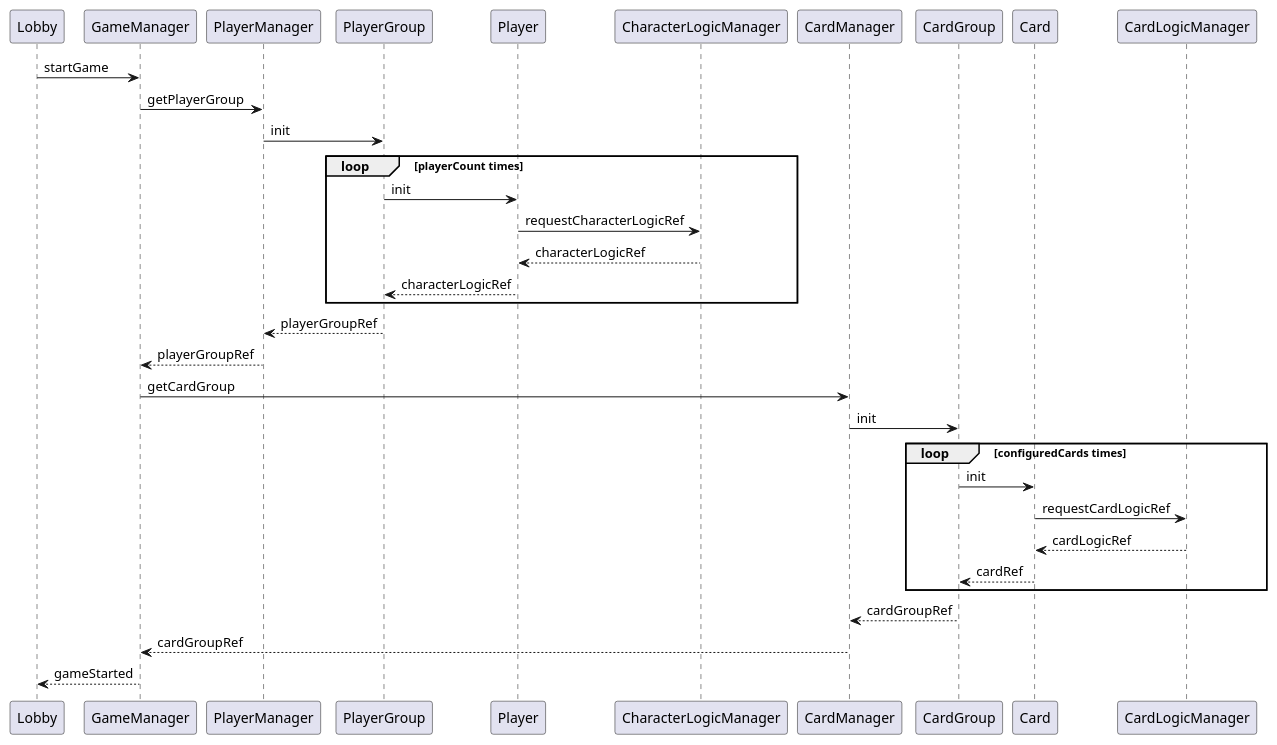
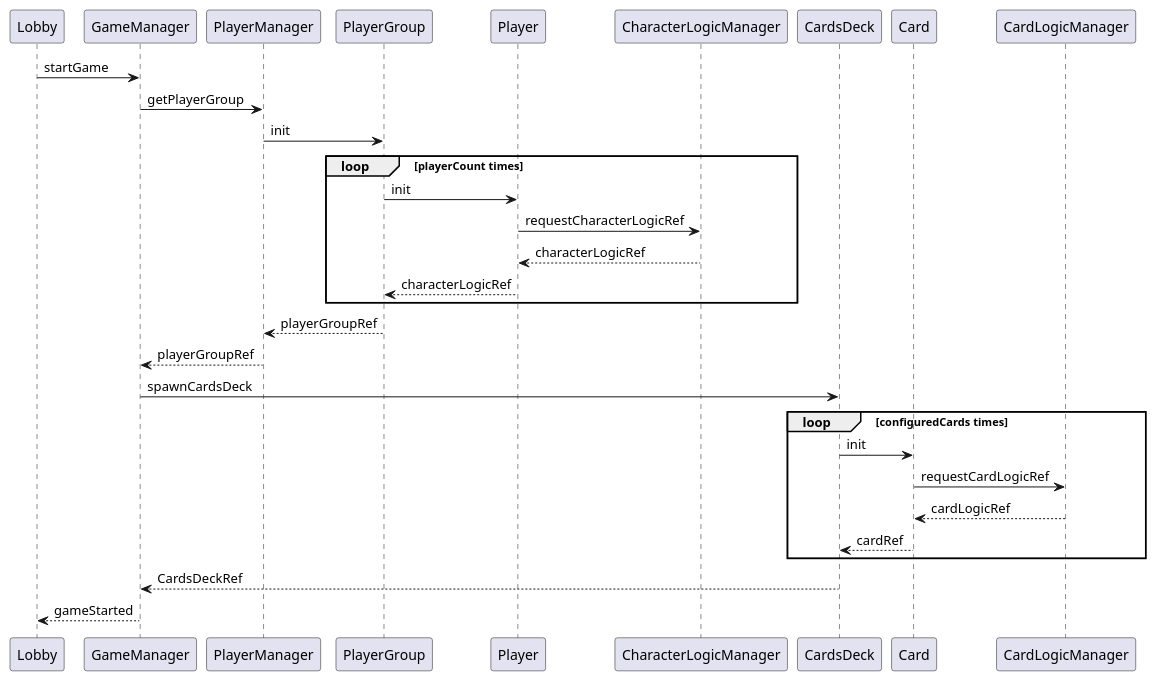
One commit to ondramastik/Bang-online changed the diagram in design/uml/sequence-diagram/game-initialization-sequence.puml. Above: the diagram before and after it, drawn with PlantUML. The commit also changed 30 other files, not shown here.

Commit message:
Finish implementation of CardGroup initialization, add tests

```diff
--- a/design/uml/sequence-diagram/game-initialization-sequence.puml
+++ b/design/uml/sequence-diagram/game-initialization-sequence.puml
@@ -1,39 +1,36 @@
 @startuml
 Lobby -> GameManager : startGame
 
 GameManager -> PlayerManager : getPlayerGroup
 
 PlayerManager -> PlayerGroup : init
 
 loop playerCount times
     PlayerGroup -> Player : init
 
     Player -> CharacterLogicManager: requestCharacterLogicRef
     return characterLogicRef
 
     Player --> PlayerGroup : characterLogicRef
 end
 
 PlayerGroup --> PlayerManager: playerGroupRef
 
 PlayerManager --> GameManager: playerGroupRef
 
-GameManager -> CardManager : getCardGroup
-CardManager -> CardGroup : init
+GameManager -> CardsDeck : spawnCardsDeck
 
 loop configuredCards times
-    CardGroup -> Card : init
+    CardsDeck -> Card : init
 
     Card -> CardLogicManager: requestCardLogicRef
     return cardLogicRef
 
-    Card --> CardGroup : cardRef
+    Card --> CardsDeck : cardRef
 end
 
-CardGroup --> CardManager: cardGroupRef
-
-CardManager --> GameManager: cardGroupRef
+CardsDeck --> GameManager: CardsDeckRef
 
 GameManager --> Lobby : gameStarted
 
 @enduml
```
